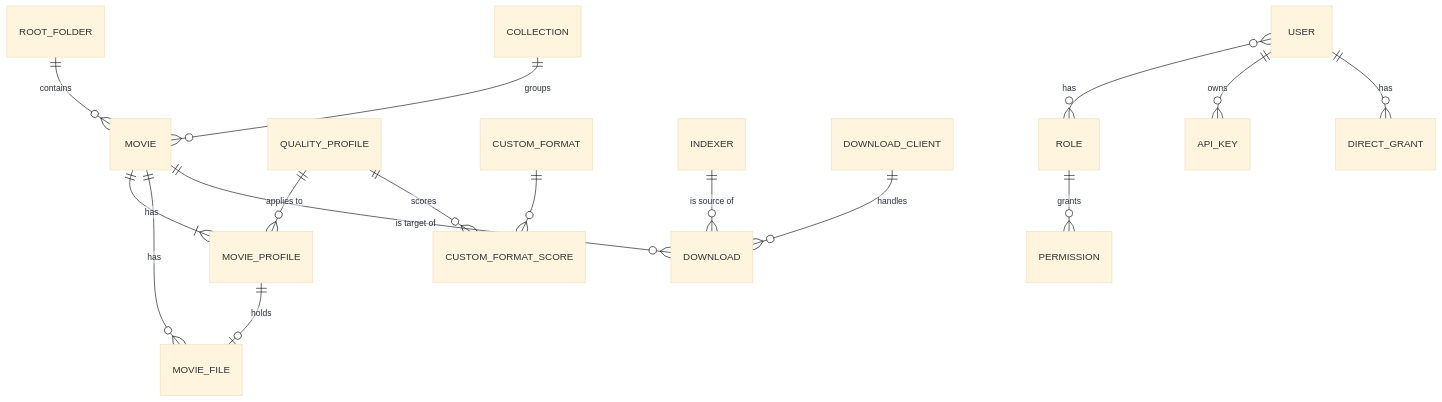
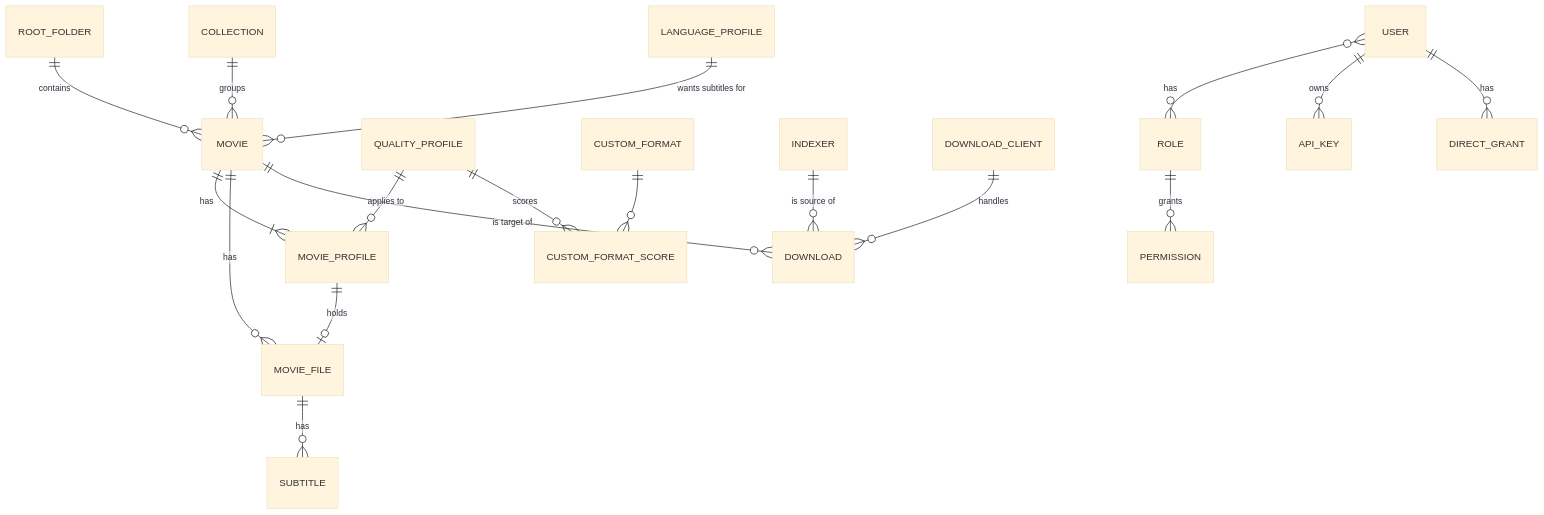
The diagram in docs/03-domain-model.md (CodexisPhantom/unseen), drawn with Mermaid (base theme) before and after one commit. The commit also changed other lines of this file and 4 other files, not shown here.

````diff
--- a/docs/03-domain-model.md
+++ b/docs/03-domain-model.md
@@ -50,18 +53,20 @@
 ```mermaid
 erDiagram
   ROOT_FOLDER ||--o{ MOVIE : contains
   COLLECTION ||--o{ MOVIE : groups
   MOVIE ||--|{ MOVIE_PROFILE : has
   QUALITY_PROFILE ||--o{ MOVIE_PROFILE : "applies to"
   MOVIE_PROFILE ||--o| MOVIE_FILE : holds
+  LANGUAGE_PROFILE ||--o{ MOVIE : "wants subtitles for"
+  MOVIE_FILE ||--o{ SUBTITLE : has
   MOVIE ||--o{ MOVIE_FILE : has
   QUALITY_PROFILE ||--o{ CUSTOM_FORMAT_SCORE : scores
   CUSTOM_FORMAT ||--o{ CUSTOM_FORMAT_SCORE : ""
   MOVIE ||--o{ DOWNLOAD : "is target of"
   INDEXER ||--o{ DOWNLOAD : "is source of"
   DOWNLOAD_CLIENT ||--o{ DOWNLOAD : handles
   USER }o--o{ ROLE : has
   ROLE ||--o{ PERMISSION : grants
   USER ||--o{ API_KEY : owns
   USER ||--o{ DIRECT_GRANT : has
 ```
````
